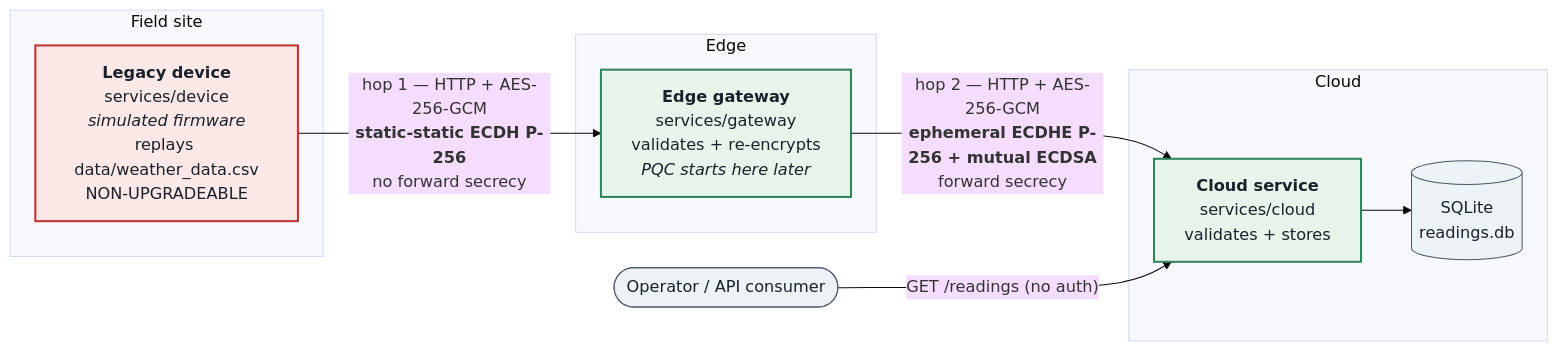
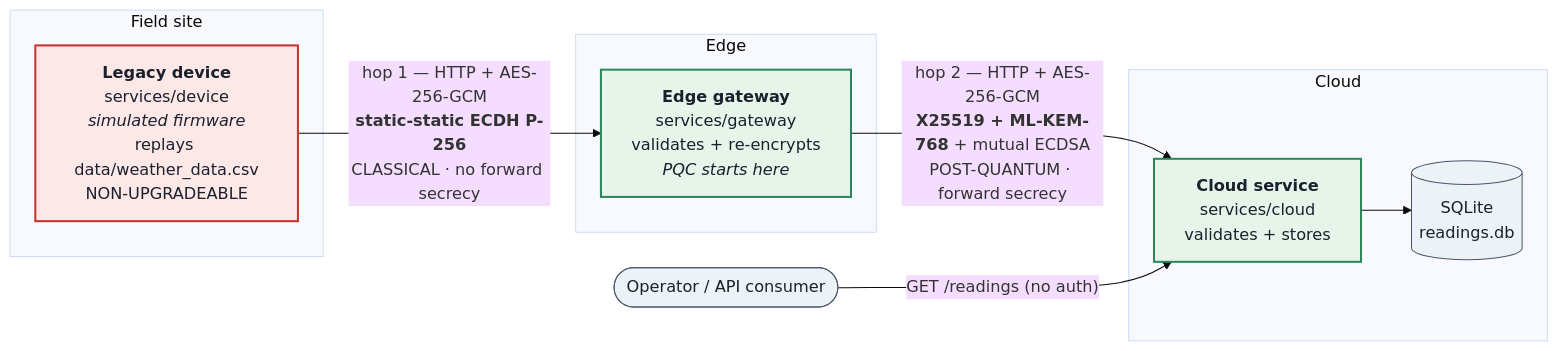
One commit to RepoRover/mlkem-modernize changed the first of 4 diagrams in docs/ARCHITECTURE.md. Above: the diagram before and after it, drawn with Mermaid (base theme). The commit also changed other lines of this file and 21 other files, not shown here.

First line of the commit message:
feat(crypto): hybrid X25519 + ML-KEM-768 key establishment on hop 2

````diff
--- a/docs/ARCHITECTURE.md
+++ b/docs/ARCHITECTURE.md
@@ -15,29 +28,29 @@
 ```mermaid
 flowchart LR
     subgraph edge["Field site"]
         DEV["<b>Legacy device</b><br/>services/device<br/><i>simulated firmware</i><br/>replays data/weather_data.csv<br/>NON-UPGRADEABLE"]
     end
 
     subgraph dmz["Edge"]
-        GW["<b>Edge gateway</b><br/>services/gateway<br/>validates + re-encrypts<br/><i>PQC starts here later</i>"]
+        GW["<b>Edge gateway</b><br/>services/gateway<br/>validates + re-encrypts<br/><i>PQC starts here</i>"]
     end
 
     subgraph cloudzone["Cloud"]
         CLD["<b>Cloud service</b><br/>services/cloud<br/>validates + stores"]
         DB[("SQLite<br/>readings.db")]
     end
 
     OPS(["Operator / API consumer"])
 
-    DEV -- "hop 1 — HTTP + AES-256-GCM<br/><b>static-static ECDH P-256</b><br/>no forward secrecy" --> GW
-    GW  -- "hop 2 — HTTP + AES-256-GCM<br/><b>ephemeral ECDHE P-256 + mutual ECDSA</b><br/>forward secrecy" --> CLD
+    DEV -- "hop 1 — HTTP + AES-256-GCM<br/><b>static-static ECDH P-256</b><br/>CLASSICAL · no forward secrecy" --> GW
+    GW  -- "hop 2 — HTTP + AES-256-GCM<br/><b>X25519 + ML-KEM-768</b> + mutual ECDSA<br/>POST-QUANTUM · forward secrecy" --> CLD
     CLD --> DB
     OPS -- "GET /readings (no auth)" --> CLD
 
     classDef weak fill:#fde8e8,stroke:#c53030,stroke-width:2px,color:#1a202c
     classDef ok fill:#e6f4ea,stroke:#2f855a,stroke-width:2px,color:#1a202c
     classDef neutral fill:#edf2f7,stroke:#4a5568,stroke-width:1px,color:#1a202c
     class DEV weak
     class GW,CLD ok
     class DB,OPS neutral
 ```
````
